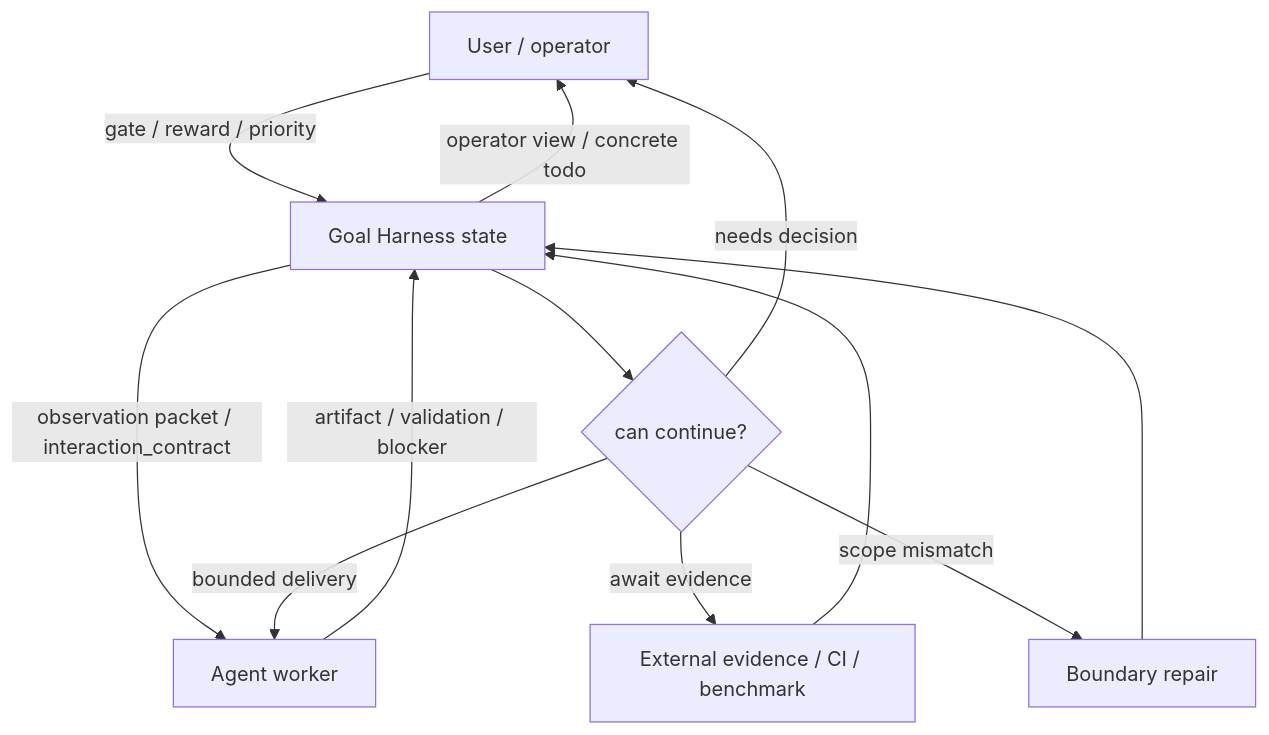
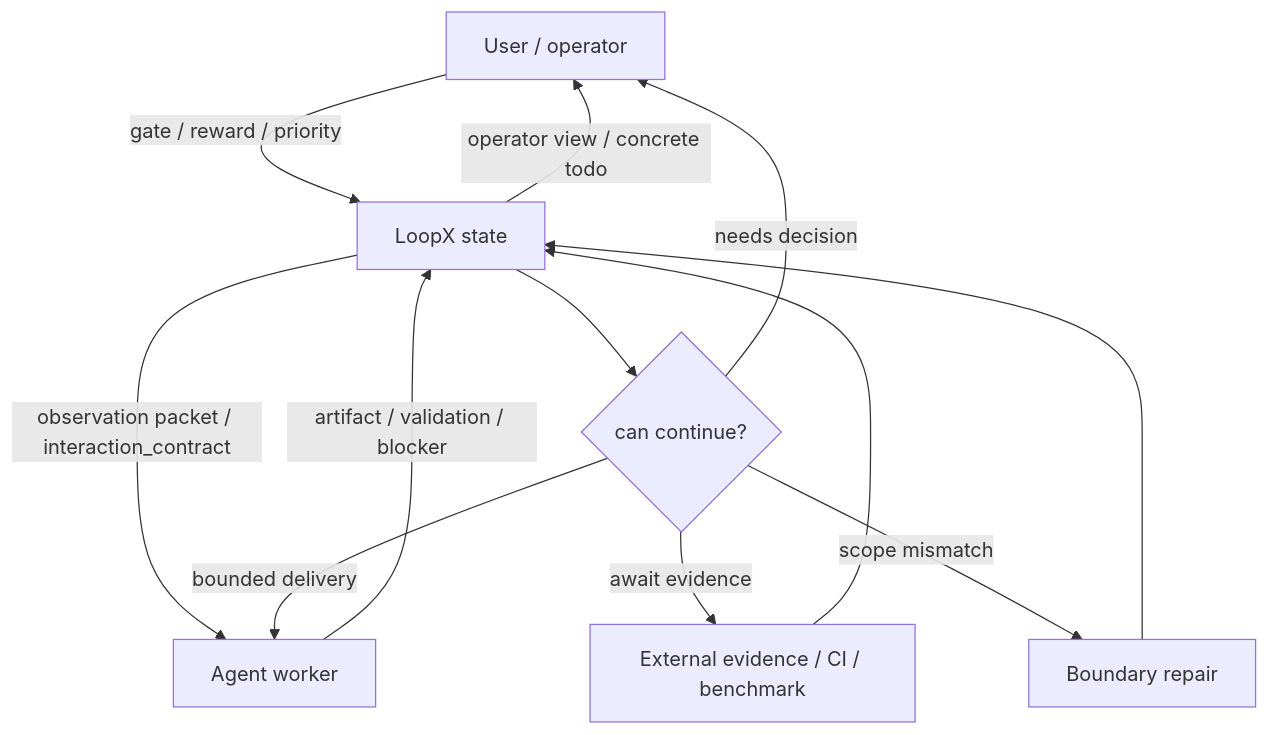
Before and after one commit to huangruiteng/goal-harness: the first of 4 diagrams in docs/state-interaction-model.md, drawn with Mermaid. The commit also changed other lines of this file and 641 other files, not shown here.

````diff
--- a/docs/state-interaction-model.md
+++ b/docs/state-interaction-model.md
@@ -204,14 +204,14 @@
 ```mermaid
 flowchart TB
-  U["User / operator"] -->|"gate / reward / priority"| GH["Goal Harness state"]
+  U["User / operator"] -->|"gate / reward / priority"| GH["LoopX state"]
   GH -->|"operator view / concrete todo"| U
   GH --> C{"can continue?"}
   C -->|"needs decision"| U
   GH -->|"observation packet / interaction_contract"| A["Agent worker"]
   C -->|"bounded delivery"| A
   A -->|"artifact / validation / blocker"| GH
   C -->|"await evidence"| E["External evidence / CI / benchmark"]
   E --> GH
   C -->|"scope mismatch"| B["Boundary repair"]
   B --> GH
 ```
````
